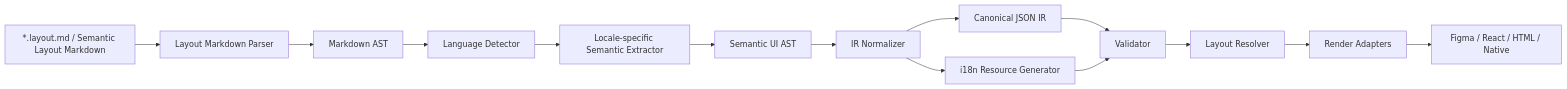
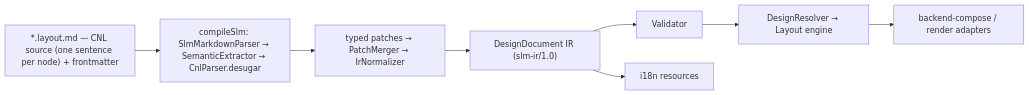
One commit to aequicor/mission-visualization changed the diagram in design-book/semantic-layout-markdown-i18n.md. Above: the diagram before and after it, drawn with Mermaid. The commit also changed other lines of this file and 133 other files, not shown here.

````diff
--- a/design-book/semantic-layout-markdown-i18n.md
+++ b/design-book/semantic-layout-markdown-i18n.md
@@ -144,16 +363,10 @@
 ```mermaid
 flowchart LR
-  A["*.layout.md / Semantic Layout Markdown"] --> B["Layout Markdown Parser"]
-  B --> C["Markdown AST"]
-  C --> D["Language Detector"]
-  D --> E["Locale-specific Semantic Extractor"]
-  E --> F["Semantic UI AST"]
-  F --> G["IR Normalizer"]
-  G --> H["Canonical JSON IR"]
-  G --> I["i18n Resource Generator"]
-  H --> J["Validator"]
-  I --> J
-  J --> K["Layout Resolver"]
-  K --> L["Render Adapters"]
-  L --> M["Figma / React / HTML / Native"]
+  A["*.layout.md — CNL source (one sentence per node) + frontmatter"] --> B["compileSlm: SlmMarkdownParser → SemanticExtractor → CnlParser.desugar"]
+  B --> C["typed patches → PatchMerger → IrNormalizer"]
+  C --> D["DesignDocument IR (slm-ir/1.0)"]
+  D --> E["Validator"]
+  D --> F["i18n resources"]
+  E --> G["DesignResolver → Layout engine"]
+  G --> H["backend-compose / render adapters"]
 ```
````
